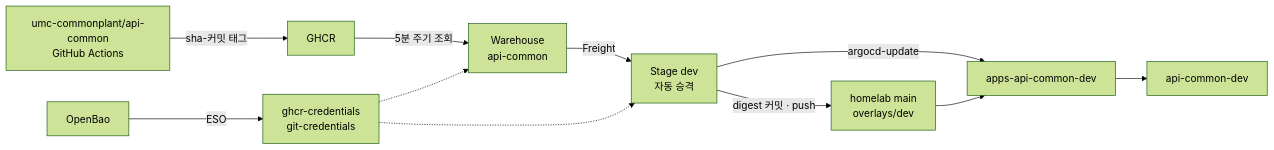
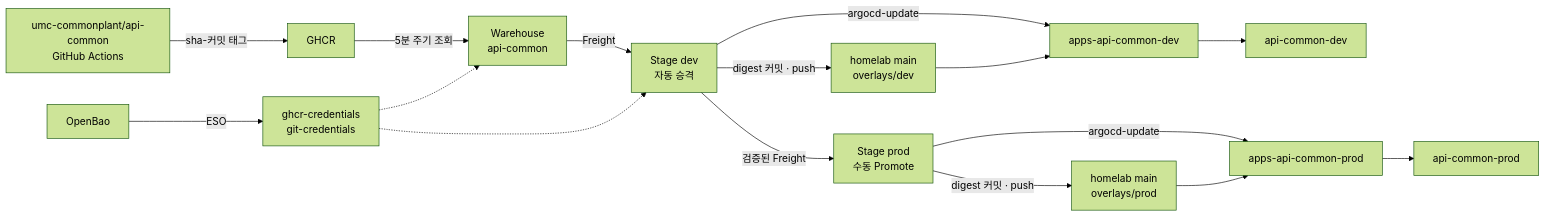
Before and after one commit to hweyoung/homelab: the diagram in docs/gitops/promotion.md, drawn with Mermaid (forest theme). The commit also changed other lines of this file and 1 other file, not shown here.

First line of the commit message:
[Docs] Kargo prod Stage와 승격 절차 문서화

````diff
--- a/docs/gitops/promotion.md
+++ b/docs/gitops/promotion.md
@@ -24,12 +24,16 @@
 ```mermaid
 flowchart LR
     SRC["umc-commonplant/api-common<br/>GitHub Actions"] -->|"sha-커밋 태그"| GHCR["GHCR"]
     GHCR -->|"5분 주기 조회"| WH["Warehouse<br/>api-common"]
     WH -->|"Freight"| DEV["Stage dev<br/>자동 승격"]
     DEV -->|"digest 커밋 · push"| GIT["homelab main<br/>overlays/dev"]
     DEV -->|"argocd-update"| ARGO["apps-api-common-dev"]
     GIT --> ARGO --> POD["api-common-dev"]
+    DEV -->|"검증된 Freight"| PROD["Stage prod<br/>수동 Promote"]
+    PROD -->|"digest 커밋 · push"| GITP["homelab main<br/>overlays/prod"]
+    PROD -->|"argocd-update"| ARGOP["apps-api-common-prod"]
+    GITP --> ARGOP --> PODP["api-common-prod"]
     BAO["OpenBao"] -->|"ESO"| CRED["ghcr-credentials<br/>git-credentials"]
     CRED -.-> WH
     CRED -.-> DEV
 ```
````
